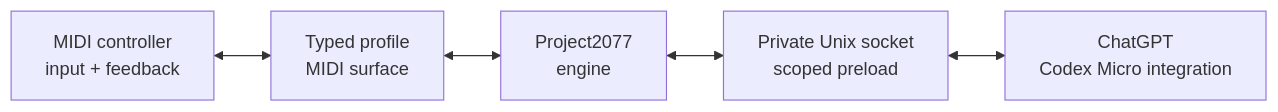
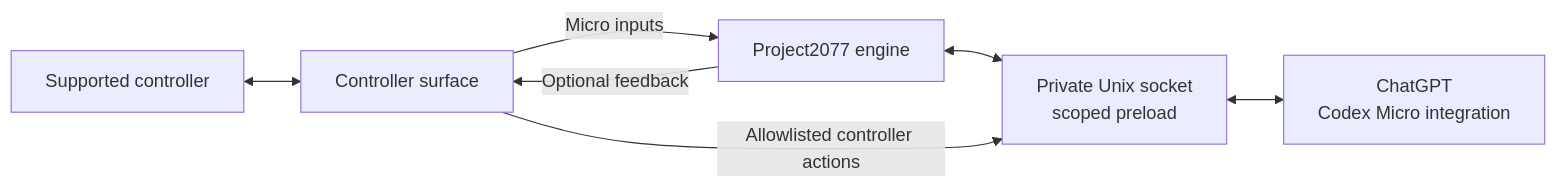
Before and after one commit to marioaltvater/codex-midi: the diagram in README.md, drawn with Mermaid. The commit also changed other lines of this file and 10 other files, not shown here.

````diff
--- a/README.md
+++ b/README.md
@@ -136,7 +109,9 @@
 ```mermaid
 flowchart LR
-    A["MIDI controller<br/>input + feedback"] <--> B["Typed profile<br/>MIDI surface"]
-    B <--> C["Project2077<br/>engine"]
+    A["Supported controller"] <--> B["Controller surface"]
+    B -->|"Micro inputs"| C["Project2077 engine"]
     C <--> D["Private Unix socket<br/>scoped preload"]
     D <--> E["ChatGPT<br/>Codex Micro integration"]
+    B -->|"Allowlisted controller actions"| D
+    C -->|"Optional feedback"| B
 ```
````
